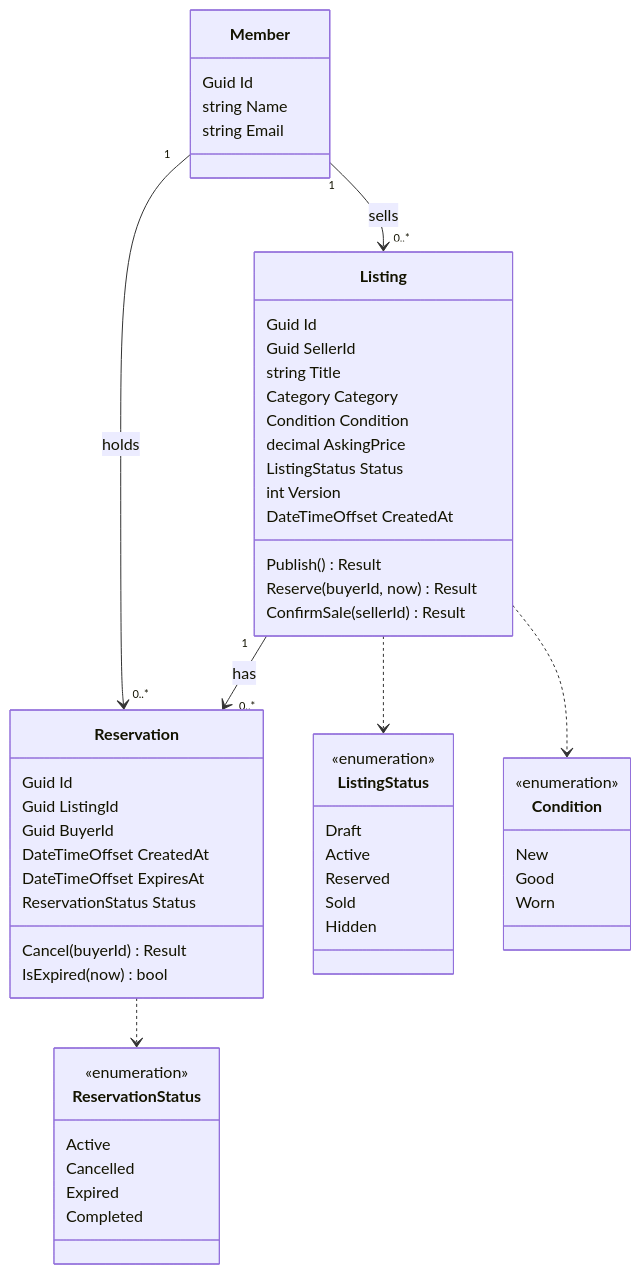
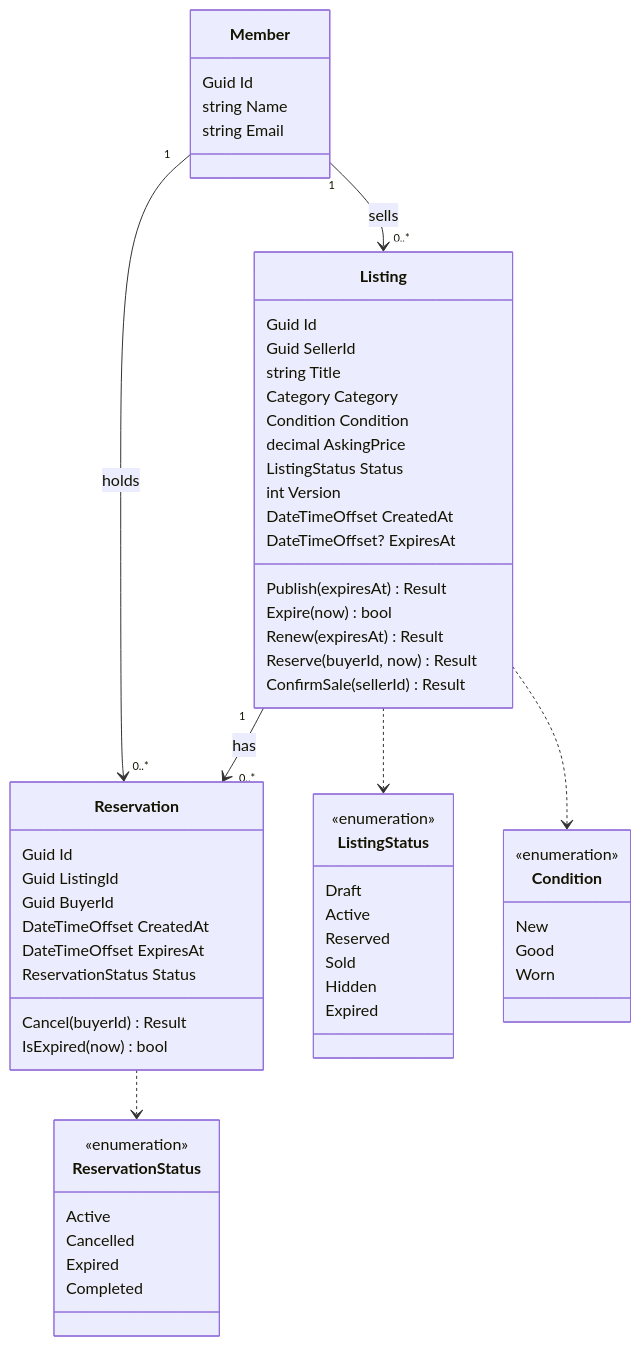
One commit to sara-giulia/campus-app changed the second of 4 diagrams in README.md. Above: the diagram before and after it, drawn with Mermaid. The commit also changed other lines of this file and 102 other files, not shown here.

First line of the commit message:
Listing expiry: Expired status, background service, renew endpoint, notification and email

````diff
--- a/README.md
+++ b/README.md
@@ -630,65 +650,69 @@
 ```mermaid
 classDiagram
     class Member {
         Guid Id
         string Name
         string Email
     }
 
     class Listing {
         Guid Id
         Guid SellerId
         string Title
         Category Category
         Condition Condition
         decimal AskingPrice
         ListingStatus Status
         int Version
         DateTimeOffset CreatedAt
-        Publish() Result
+        DateTimeOffset? ExpiresAt
+        Publish(expiresAt) Result
+        Expire(now) bool
+        Renew(expiresAt) Result
         Reserve(buyerId, now) Result
         ConfirmSale(sellerId) Result
     }
 
     class Reservation {
         Guid Id
         Guid ListingId
         Guid BuyerId
         DateTimeOffset CreatedAt
         DateTimeOffset ExpiresAt
         ReservationStatus Status
         Cancel(buyerId) Result
         IsExpired(now) bool
     }
 
     class ListingStatus {
         <<enumeration>>
         Draft
         Active
         Reserved
         Sold
         Hidden
+        Expired
     }
 
     class Condition {
         <<enumeration>>
         New
         Good
         Worn
     }
 
     class ReservationStatus {
         <<enumeration>>
         Active
         Cancelled
         Expired
         Completed
     }
 
     Member "1" --> "0..*" Listing : sells
     Member "1" --> "0..*" Reservation : holds
     Listing "1" --> "0..*" Reservation : has
     Listing ..> ListingStatus
     Listing ..> Condition
     Reservation ..> ReservationStatus
 ```
````
